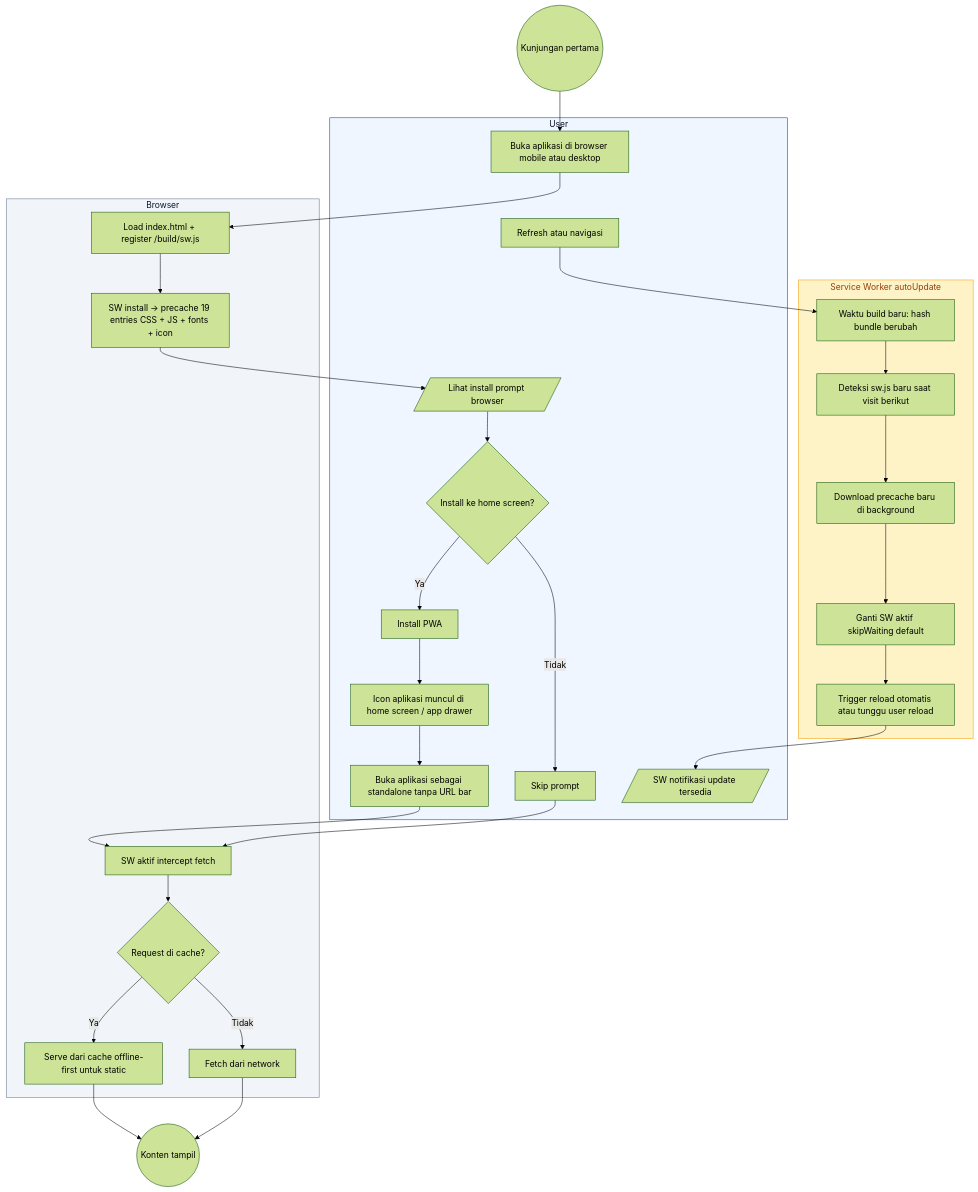
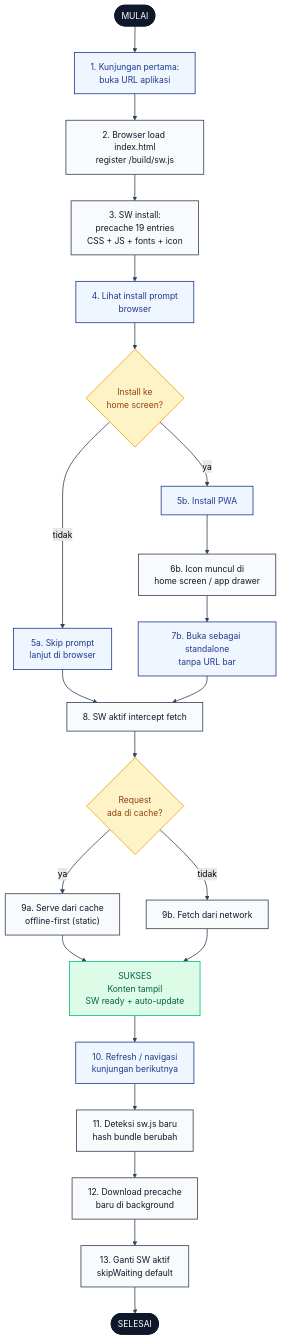
One commit to radacore/absensi-pu changed the first of 2 diagrams in docs/activity-diagrams/24-pwa-install-offline.md. Above: the diagram before and after it, drawn with Mermaid (forest theme). The commit also changed other lines of this file and 22 other files, not shown here.

First line of the commit message:
docs(diagram): terapkan pola mermaid flowchart TD ke 23 diagram sisanya

````diff
--- a/docs/activity-diagrams/24-pwa-install-offline.md
+++ b/docs/activity-diagrams/24-pwa-install-offline.md
@@ -12,62 +12,59 @@
 ```mermaid
 flowchart TD
-    Start((Kunjungan pertama)) --> B1
+    START([MULAI]):::se
 
-    subgraph User[User]
-        B1[Buka aplikasi di browser mobile atau desktop]
-        B4[/Lihat install prompt browser/]
-        B5{Install ke home screen?}
-        B6[Skip prompt]
-        B7[Install PWA]
-        B8[Icon aplikasi muncul di home screen / app drawer]
-        B9[Buka aplikasi sebagai standalone tanpa URL bar]
-        U1[Refresh atau navigasi]
-        U2[/SW notifikasi update tersedia/]
-    end
+    U1["1. Kunjungan pertama:<br/>buka URL aplikasi"]:::user
+    S1["2. Browser load index.html<br/>register /build/sw.js"]:::sys
+    S2["3. SW install:<br/>precache 19 entries<br/>CSS + JS + fonts + icon"]:::sys
 
-    subgraph Browser[Browser]
-        B2[Load index.html + register /build/sw.js]
-        B3[SW install → precache 19 entries CSS + JS + fonts + icon]
-        BR1[SW aktif intercept fetch]
-        BR2{Request di cache?}
-        BR3[Serve dari cache offline-first untuk static]
-        BR4[Fetch dari network]
-    end
+    U2["4. Lihat install prompt<br/>browser"]:::user
+    D1{"Install ke<br/>home screen?"}:::dec
+    U3["5a. Skip prompt<br/>lanjut di browser"]:::user
+    U4["5b. Install PWA"]:::user
+    S3["6b. Icon muncul di<br/>home screen / app drawer"]:::sys
+    U5["7b. Buka sebagai standalone<br/>tanpa URL bar"]:::user
 
-    subgraph SW[Service Worker autoUpdate]
-        SW1[Waktu build baru: hash bundle berubah]
-        SW2[Deteksi sw.js baru saat visit berikut]
-        SW3[Download precache baru di background]
-        SW4[Ganti SW aktif skipWaiting default]
-        SW5[Trigger reload otomatis atau tunggu user reload]
-    end
+    S4["8. SW aktif intercept fetch"]:::sys
+    D2{"Request<br/>ada di cache?"}:::dec
+    S5["9a. Serve dari cache<br/>offline-first (static)"]:::sys
+    S6["9b. Fetch dari network"]:::sys
 
-    B1 --> B2
-    B2 --> B3
-    B3 --> B4
-    B4 --> B5
-    B5 -->|Tidak| B6
-    B5 -->|Ya| B7
-    B7 --> B8
-    B8 --> B9
-    B9 --> BR1
-    B6 --> BR1
-    BR1 --> BR2
-    BR2 -->|Ya| BR3
-    BR2 -->|Tidak| BR4
-    BR3 --> End((Konten tampil))
-    BR4 --> End
-    U1 --> SW1
-    SW1 --> SW2
-    SW2 --> SW3
-    SW3 --> SW4
-    SW4 --> SW5
-    SW5 --> U2
+    U6["10. Refresh / navigasi<br/>kunjungan berikutnya"]:::user
+    S7["11. Deteksi sw.js baru<br/>hash bundle berubah"]:::sys
+    S8["12. Download precache<br/>baru di background"]:::sys
+    S9["13. Ganti SW aktif<br/>skipWaiting default"]:::sys
 
-    classDef actor fill:#EFF6FF,stroke:#1E3A8A,stroke-width:1px,color:#0F172A
-    classDef browser fill:#F1F5F9,stroke:#64748B,stroke-width:1px,color:#0F172A
-    classDef sw fill:#FEF3C7,stroke:#F59E0B,stroke-width:1px,color:#92400E
-    class User actor
-    class Browser browser
-    class SW sw
+    OK["SUKSES<br/>Konten tampil<br/>SW ready + auto-update"]:::ok
+    END([SELESAI]):::se
+
+    START --> U1
+    U1 --> S1
+    S1 --> S2
+    S2 --> U2
+    U2 --> D1
+    D1 -->|tidak| U3
+    D1 -->|ya| U4
+    U4 --> S3
+    S3 --> U5
+    U3 --> S4
+    U5 --> S4
+    S4 --> D2
+    D2 -->|ya| S5
+    D2 -->|tidak| S6
+    S5 --> OK
+    S6 --> OK
+    OK --> U6
+    U6 --> S7
+    S7 --> S8
+    S8 --> S9
+    S9 --> END
+
+    classDef se fill:#0F172A,stroke:#0F172A,color:#fff,stroke-width:2px
+    classDef user fill:#EFF6FF,stroke:#1E3A8A,color:#1E3A8A,stroke-width:1.5px
+    classDef sys fill:#F8FAFC,stroke:#334155,color:#0F172A,stroke-width:1.5px
+    classDef dec fill:#FEF3C7,stroke:#F59E0B,color:#92400E,stroke-width:1.5px
+    classDef err fill:#FEE2E2,stroke:#EF4444,color:#991B1B,stroke-width:1.5px
+    classDef ok fill:#DCFCE7,stroke:#10B981,color:#065F46,stroke-width:1.5px
+
+    linkStyle default stroke:#334155,stroke-width:1.5px
 ```
````
